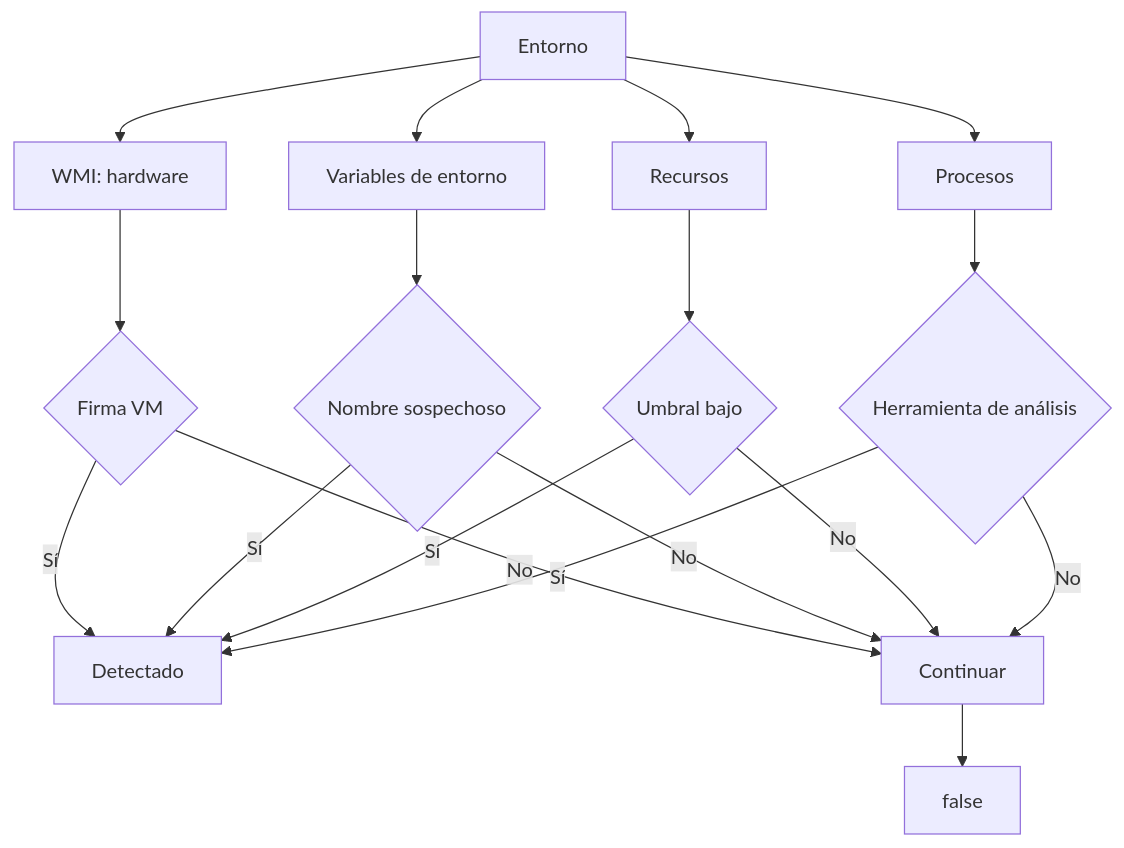
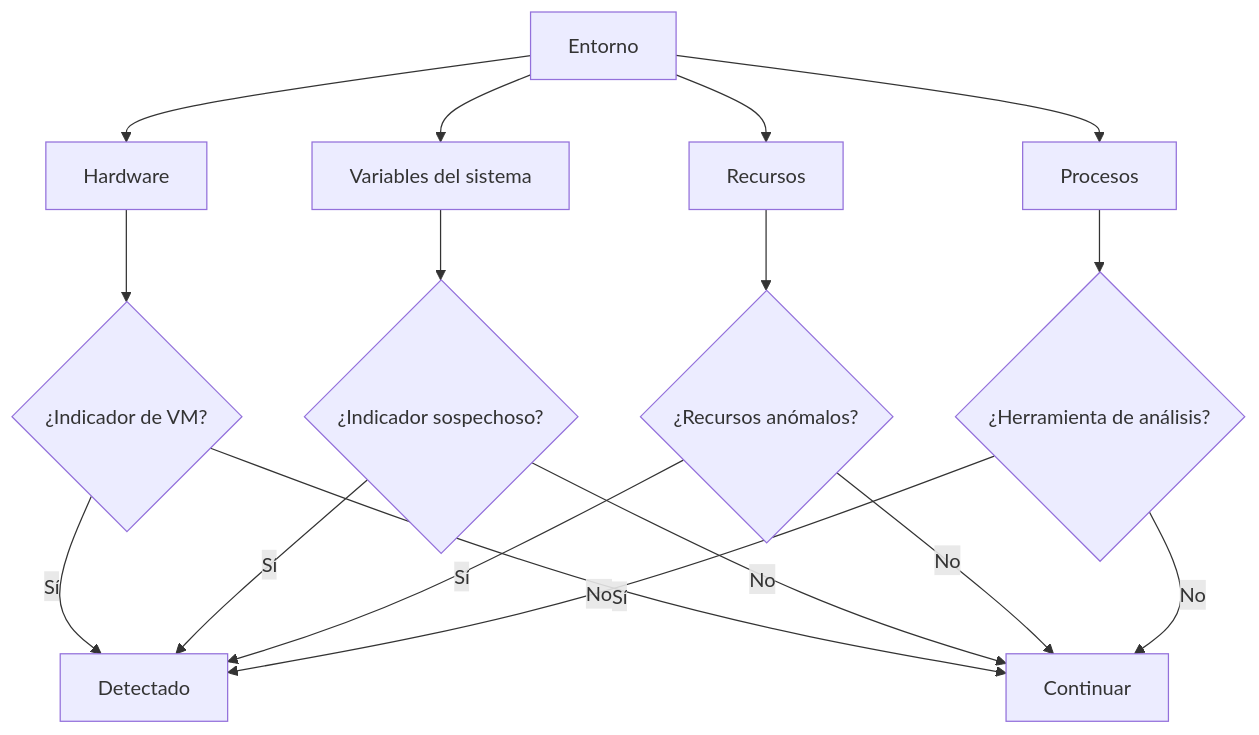
One commit to HolyOnyxs/ProxyBotnet changed the fourth of 10 diagrams in README.md. Above: the diagram before and after it, drawn with Mermaid. The commit also changed other lines of this file, not shown here.

````diff
--- a/README.md
+++ b/README.md
@@ -198,20 +109,22 @@
 ```mermaid
 flowchart TD
-    A[Entorno] --> B[WMI: hardware]
-    A --> C[Variables de entorno]
-    A --> D[Recursos]
-    A --> E[Procesos]
-    B --> F{Firma VM}
-    C --> G{Nombre sospechoso}
-    D --> H{Umbral bajo}
-    E --> I{Herramienta de análisis}
-    F -->|Sí| X[Detectado]
+    A["Entorno"] --> B["Hardware"]
+    A --> C["Variables del sistema"]
+    A --> D["Recursos"]
+    A --> E["Procesos"]
+
+    B --> F{"¿Indicador de VM?"}
+    C --> G{"¿Indicador sospechoso?"}
+    D --> H{"¿Recursos anómalos?"}
+    E --> I{"¿Herramienta de análisis?"}
+
+    F -->|Sí| X["Detectado"]
     G -->|Sí| X
     H -->|Sí| X
     I -->|Sí| X
-    F -->|No| J[Continuar]
+
+    F -->|No| J["Continuar"]
     G -->|No| J
     H -->|No| J
     I -->|No| J
-    J --> K[false]
 ```
````
